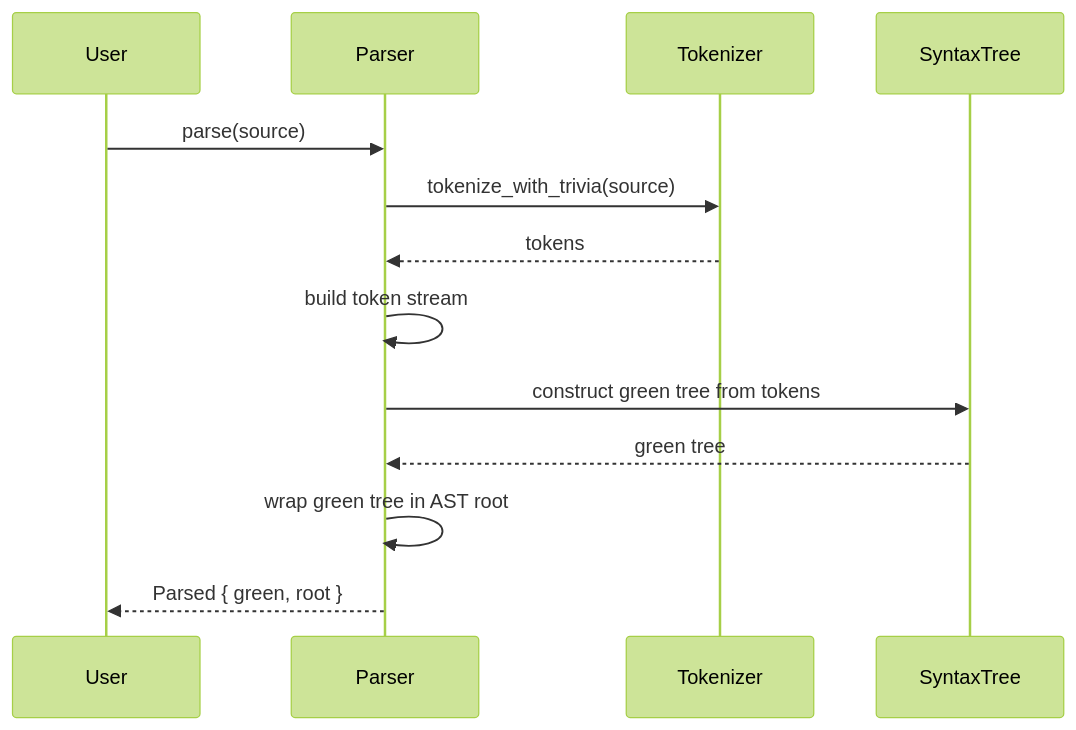
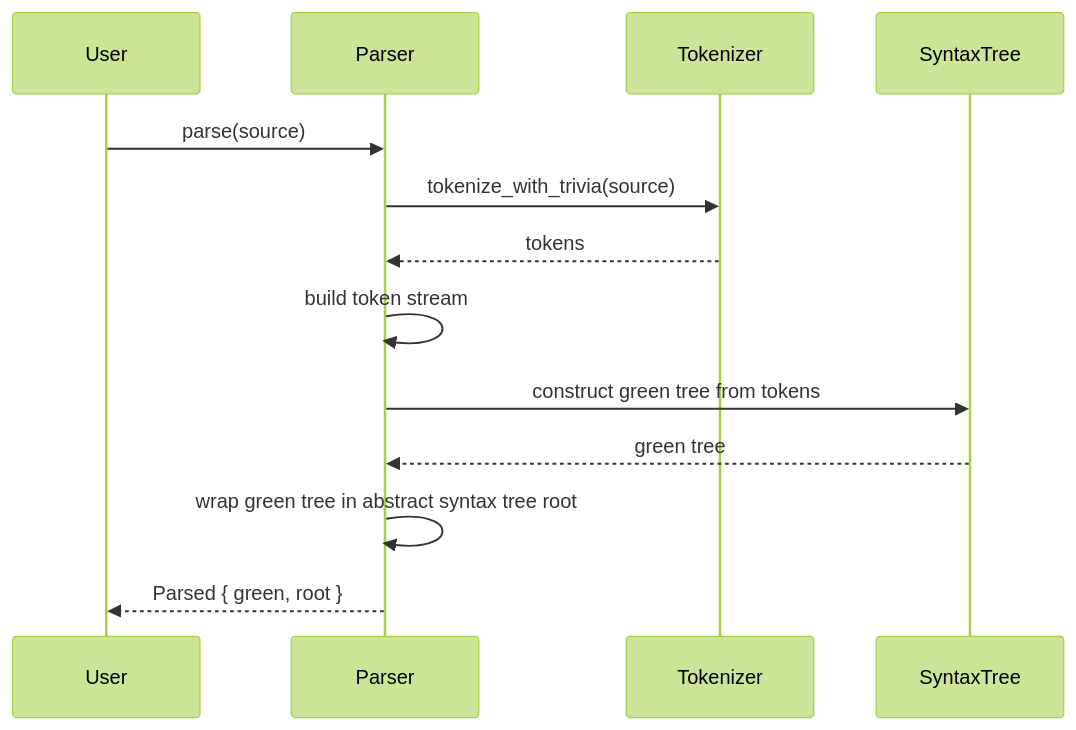
The diagram in docs/ddlint-design-and-road-map.md (leynos/ddlint), drawn with Mermaid (forest theme) before and after one commit. The commit also changed other lines of this file, not shown here.

First line of the commit message:
Clarify AST references in roadmap

````diff
--- a/docs/ddlint-design-and-road-map.md
+++ b/docs/ddlint-design-and-road-map.md
@@ -193,16 +193,16 @@
 ```mermaid
 sequenceDiagram
     participant User
     participant Parser
     participant Tokenizer
     participant SyntaxTree
 
     User->>Parser: parse(source)
     Parser->>Tokenizer: tokenize_with_trivia(source)
     Tokenizer-->>Parser: tokens
     Parser->>Parser: build token stream
     Parser->>SyntaxTree: construct green tree from tokens
     SyntaxTree-->>Parser: green tree
-    Parser->>Parser: wrap green tree in AST root
+    Parser->>Parser: wrap green tree in abstract syntax tree root
     Parser-->>User: Parsed { green, root }
 ```
````
